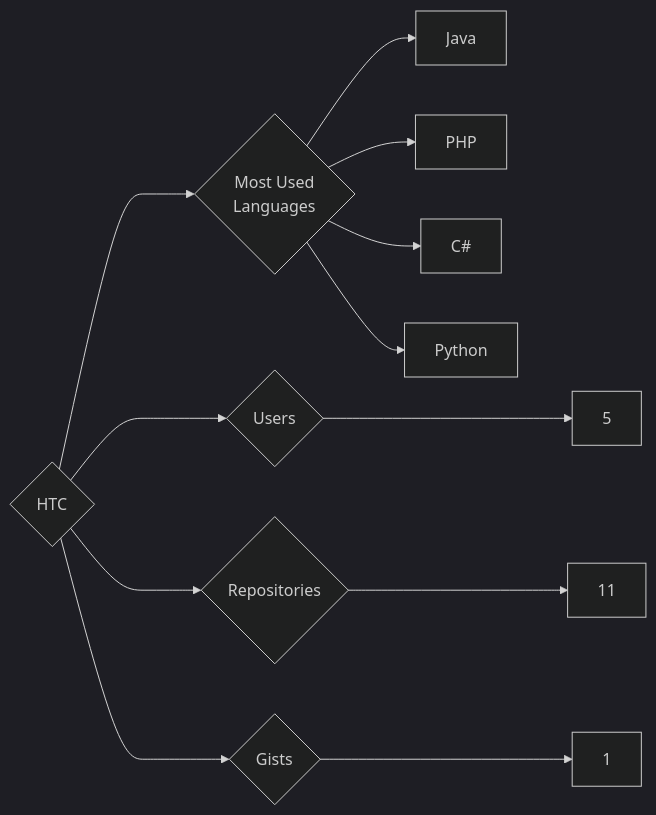
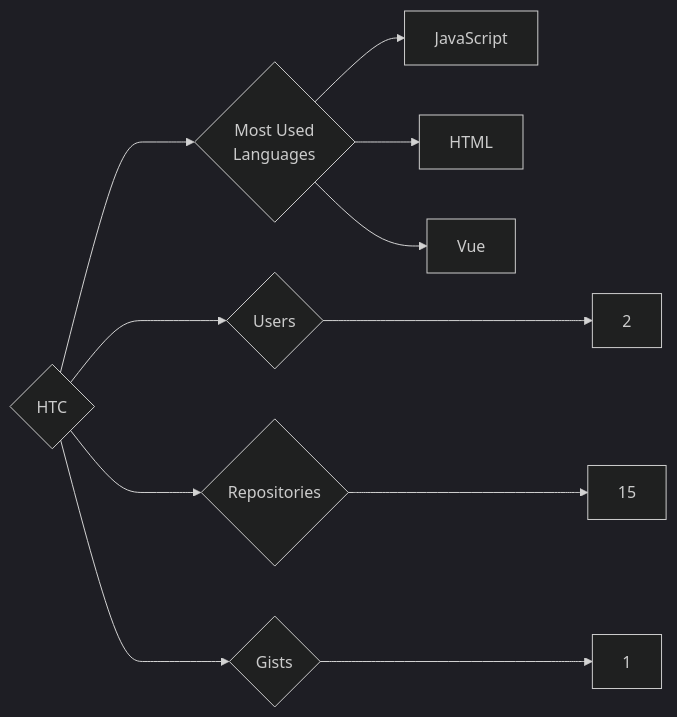
Before and after one commit to trickest/insiders: the diagram in targets/HTC/README.md, drawn with Mermaid (dark theme). The commit also changed 815 other files, not shown here.

````diff
--- a/targets/HTC/README.md
+++ b/targets/HTC/README.md
@@ -3,12 +3,11 @@
 ```mermaid
 graph LR
 COMPANY_NAME{HTC}
-COMPANY_NAME ---> U{Users} ---> UN[5]
-COMPANY_NAME ---> R{Repositories} ---> RN[11]
+COMPANY_NAME ---> U{Users} ---> UN[2]
+COMPANY_NAME ---> R{Repositories} ---> RN[15]
 COMPANY_NAME ---> G{Gists} ---> GN[1]
 COMPANY_NAME ---> ML{Most Used<br>Languages}
-ML --> Java[Java]
-ML --> PHP[PHP]
-ML --> C#[C#]
-ML --> Python[Python]
+ML --> JavaScript[JavaScript]
+ML --> HTML[HTML]
+ML --> Vue[Vue]
 ```
````
